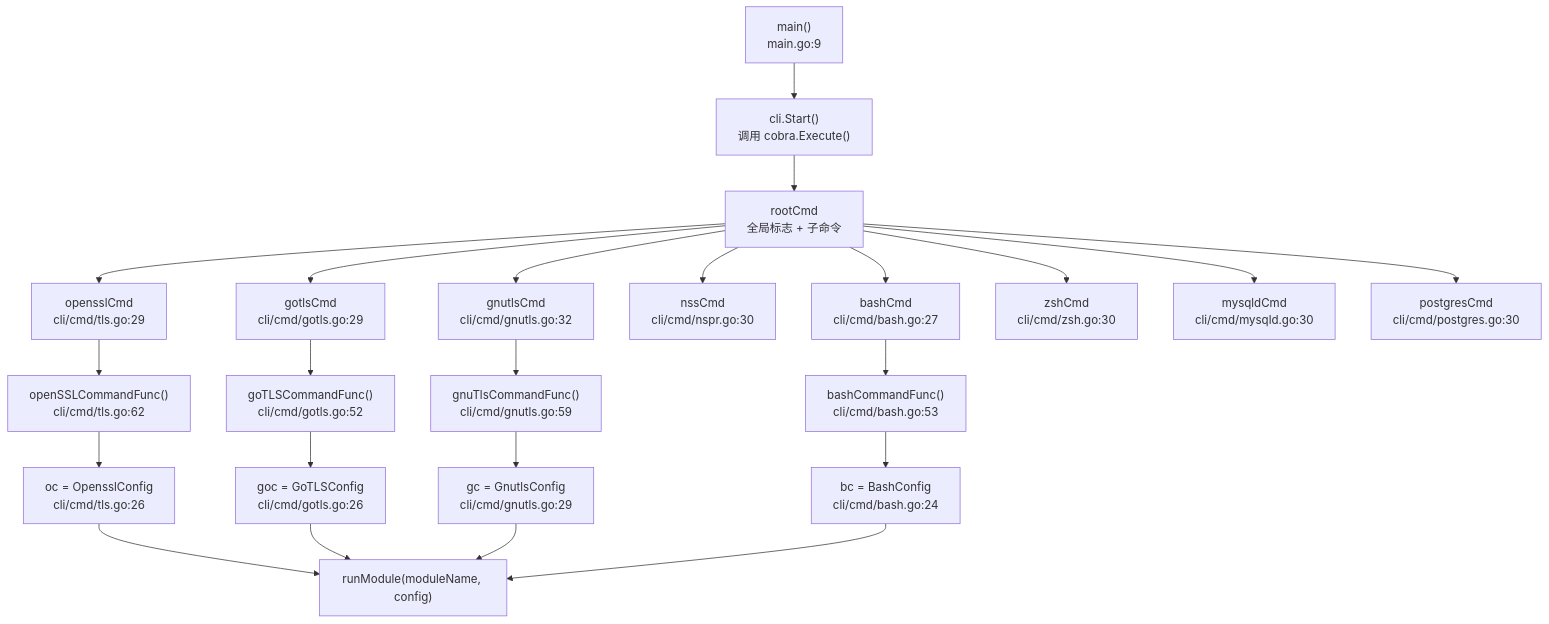
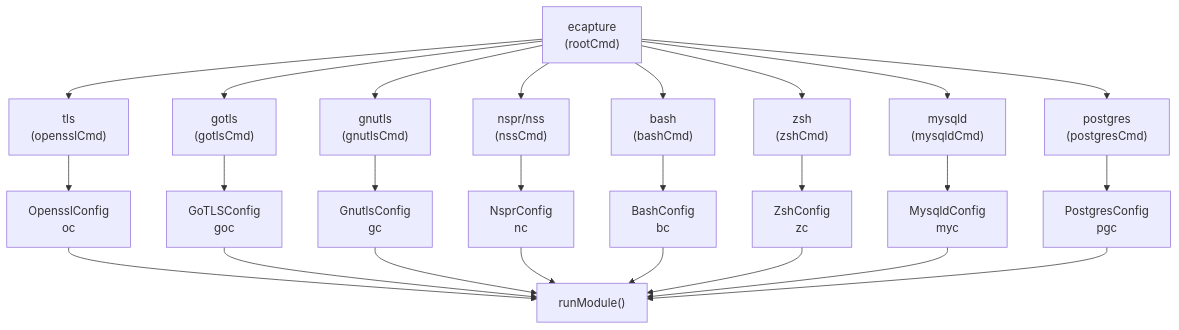
The first of 5 diagrams in src/zh/1-overview/1.2-command-line-interface.md (gojue/ecapture.cc), drawn with Mermaid before and after one commit. The commit also changed other lines of this file and 70 other files, not shown here.

Commit message:
feat: update sidebar and navigation links for architecture and shell command auditing sections

````diff
--- a/src/zh/1-overview/1.2-command-line-interface.md
+++ b/src/zh/1-overview/1.2-command-line-interface.md
@@ -20,53 +17,48 @@
 ```mermaid
 graph TB
-    Main["main()<br/>main.go:9"]
-    Start["cli.Start()<br/>调用 cobra.Execute()"]
-    RootCmd["rootCmd<br/>全局标志 + 子命令"]
+    ROOT["ecapture<br/>(rootCmd)"]
+    TLS["tls<br/>(opensslCmd)"]
+    GOTLS["gotls<br/>(gotlsCmd)"]
+    GNUTLS["gnutls<br/>(gnutlsCmd)"]
+    NSPR["nspr/nss<br/>(nssCmd)"]
+    BASH["bash<br/>(bashCmd)"]
+    ZSH["zsh<br/>(zshCmd)"]
+    MYSQLD["mysqld<br/>(mysqldCmd)"]
+    POSTGRES["postgres<br/>(postgresCmd)"]
     
-    TLSCmd["opensslCmd<br/>cli/cmd/tls.go:29"]
-    GoTLSCmd["gotlsCmd<br/>cli/cmd/gotls.go:29"]
-    GnuTLSCmd["gnutlsCmd<br/>cli/cmd/gnutls.go:32"]
-    NSSCmd["nssCmd<br/>cli/cmd/nspr.go:30"]
-    BashCmd["bashCmd<br/>cli/cmd/bash.go:27"]
-    ZshCmd["zshCmd<br/>cli/cmd/zsh.go:30"]
-    MySQLCmd["mysqldCmd<br/>cli/cmd/mysqld.go:30"]
-    PostgresCmd["postgresCmd<br/>cli/cmd/postgres.go:30"]
+    ROOT --> TLS
+    ROOT --> GOTLS
+    ROOT --> GNUTLS
+    ROOT --> NSPR
+    ROOT --> BASH
+    ROOT --> ZSH
+    ROOT --> MYSQLD
+    ROOT --> POSTGRES
     
-    TLSFunc["openSSLCommandFunc()<br/>cli/cmd/tls.go:62"]
-    GoTLSFunc["goTLSCommandFunc()<br/>cli/cmd/gotls.go:52"]
-    GnuTLSFunc["gnuTlsCommandFunc()<br/>cli/cmd/gnutls.go:59"]
-    BashFunc["bashCommandFunc()<br/>cli/cmd/bash.go:53"]
+    TLS_CONFIG["OpensslConfig<br/>oc"]
+    GOTLS_CONFIG["GoTLSConfig<br/>goc"]
+    GNUTLS_CONFIG["GnutlsConfig<br/>gc"]
+    NSPR_CONFIG["NsprConfig<br/>nc"]
+    BASH_CONFIG["BashConfig<br/>bc"]
+    ZSH_CONFIG["ZshConfig<br/>zc"]
+    MYSQL_CONFIG["MysqldConfig<br/>myc"]
+    PG_CONFIG["PostgresConfig<br/>pgc"]
     
-    OCConfig["oc = OpensslConfig<br/>cli/cmd/tls.go:26"]
-    GoCConfig["goc = GoTLSConfig<br/>cli/cmd/gotls.go:26"]
-    GCConfig["gc = GnutlsConfig<br/>cli/cmd/gnutls.go:29"]
-    BCConfig["bc = BashConfig<br/>cli/cmd/bash.go:24"]
+    TLS --> TLS_CONFIG
+    GOTLS --> GOTLS_CONFIG
+    GNUTLS --> GNUTLS_CONFIG
+    NSPR --> NSPR_CONFIG
+    BASH --> BASH_CONFIG
+    ZSH --> ZSH_CONFIG
+    MYSQLD --> MYSQL_CONFIG
+    POSTGRES --> PG_CONFIG
     
-    RunMod["runModule(moduleName, config)"]
-    
-    Main --> Start
-    Start --> RootCmd
-    RootCmd --> TLSCmd
-    RootCmd --> GoTLSCmd
-    RootCmd --> GnuTLSCmd
-    RootCmd --> NSSCmd
-    RootCmd --> BashCmd
-    RootCmd --> ZshCmd
-    RootCmd --> MySQLCmd
-    RootCmd --> PostgresCmd
-    
-    TLSCmd --> TLSFunc
-    GoTLSCmd --> GoTLSFunc
-    GnuTLSCmd --> GnuTLSFunc
-    BashCmd --> BashFunc
-    
-    TLSFunc --> OCConfig
-    GoTLSFunc --> GoCConfig
-    GnuTLSFunc --> GCConfig
-    BashFunc --> BCConfig
-    
-    OCConfig --> RunMod
-    GoCConfig --> RunMod
-    GCConfig --> RunMod
-    BCConfig --> RunMod
+    TLS_CONFIG --> RUNMOD["runModule()"]
+    GOTLS_CONFIG --> RUNMOD
+    GNUTLS_CONFIG --> RUNMOD
+    NSPR_CONFIG --> RUNMOD
+    BASH_CONFIG --> RUNMOD
+    ZSH_CONFIG --> RUNMOD
+    MYSQL_CONFIG --> RUNMOD
+    PG_CONFIG --> RUNMOD
 ```
````
